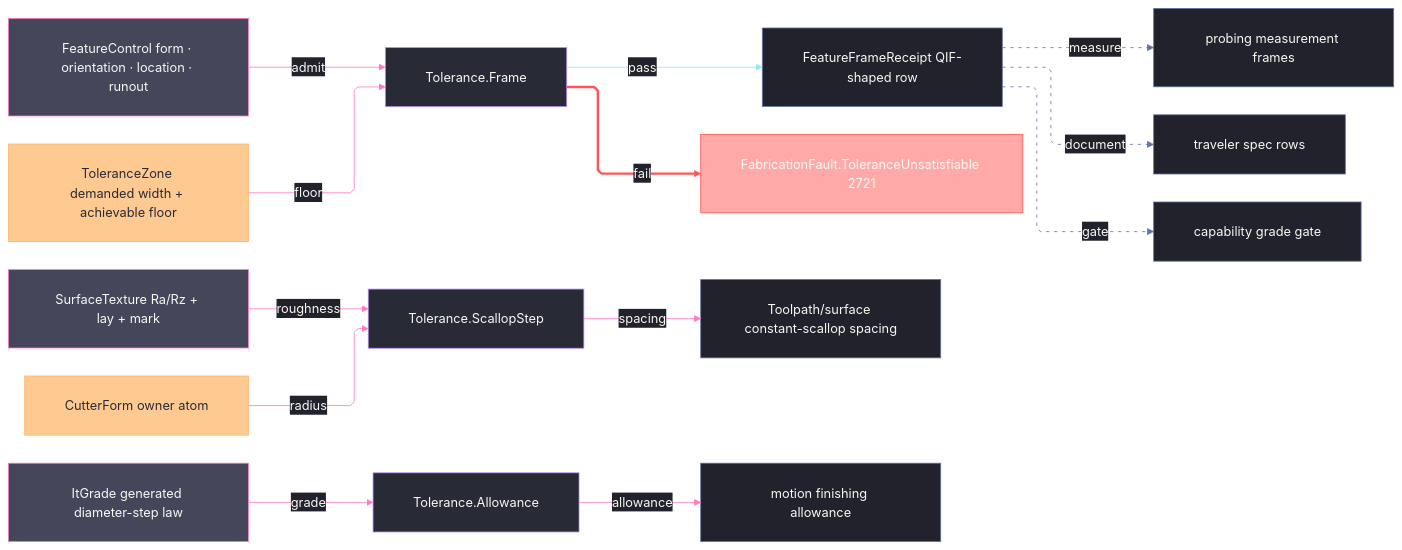
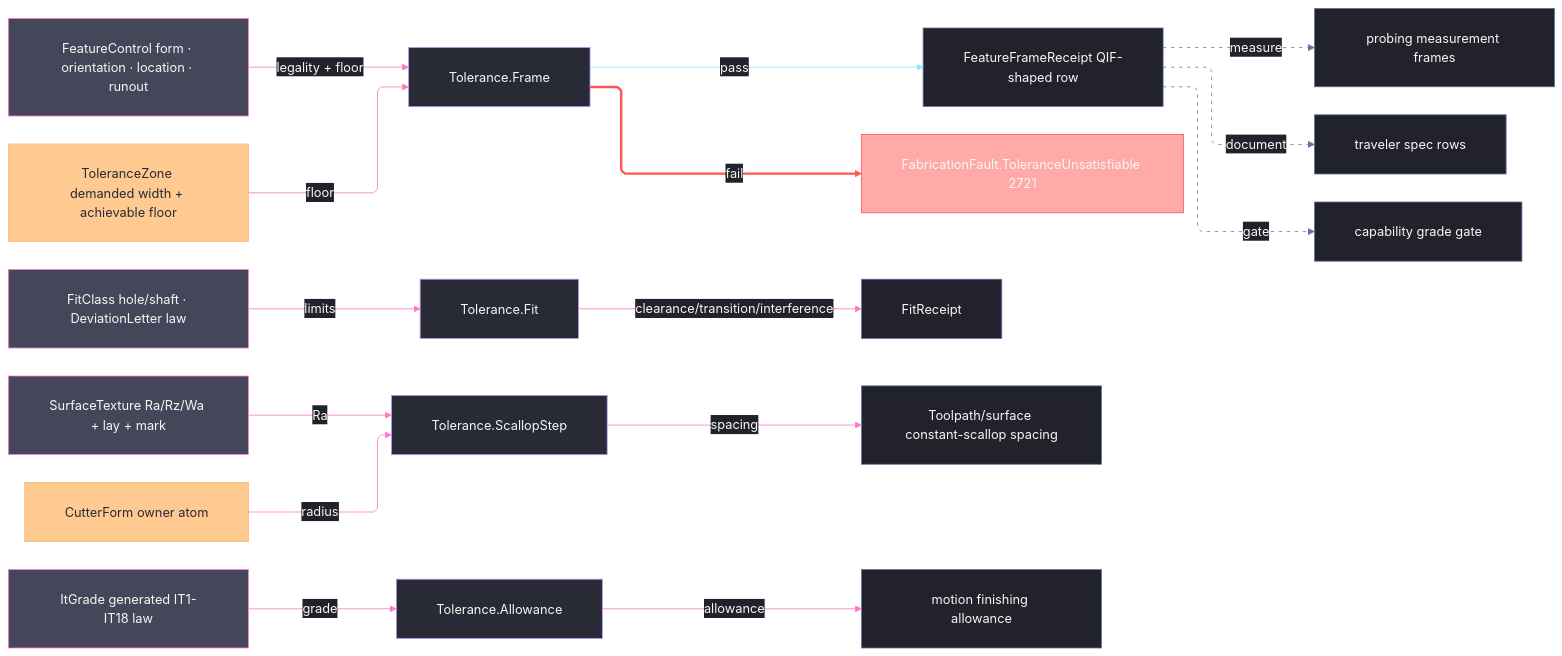
One commit to bsamiee/Rasm changed the diagram in libs/csharp/Rasm.Fabrication/.planning/Spec/tolerance.md. Above: the diagram before and after it, drawn with Mermaid. The commit also changed other lines of this file and 79 other files, not shown here.

````diff
--- a/libs/csharp/Rasm.Fabrication/.planning/Spec/tolerance.md
+++ b/libs/csharp/Rasm.Fabrication/.planning/Spec/tolerance.md
@@ -303,55 +419,57 @@
 ```mermaid
 ---
 config:
   theme: base
   look: classic
   layout: elk
   flowchart:
     curve: linear
     padding: 25
   themeVariables:
     darkMode: true
     fontFamily: "SF Mono, Menlo, Cascadia Mono, Segoe UI Mono, Consolas, monospace"
     useGradient: false
     dropShadow: "none"
     background: "#282A36"
     primaryColor: "#44475A"
     primaryTextColor: "#F8F8F2"
     primaryBorderColor: "#BD93F9"
     mainBkg: "#44475A"
     nodeBorder: "#BD93F9"
     lineColor: "#FF79C6"
     textColor: "#F8F8F2"
     edgeLabelBackground: "#21222C"
     labelBackgroundColor: "#21222C"
   themeCSS: ".nodeLabel{font-size:13px;font-weight:500}.edgeLabel{font-size:12px;font-weight:500}.edge-thickness-normal{stroke-width:2px}.edge-thickness-thick{stroke-width:3px}.edge-pattern-dashed,.edge-pattern-dotted{stroke-width:1.5px;stroke-dasharray:4 6}.node rect,.node circle,.node polygon,.node path,.node .outer-path{stroke-width:1.5px;filter:none!important}.marker path{transform:scale(.8);transform-origin:5px 5px}.marker circle{transform:scale(.48);transform-origin:5px 5px}.edgeLabel rect{transform-box:fill-box;transform-origin:center;transform:scale(1.1,1.2)}"
 ---
 flowchart LR
     accTitle: Tolerance plane seams
-    accDescr: Feature frames, surface texture, and IT grades route through the tolerance owner into receipts, faults, toolpath, motion, and evidence consumers.
-    Frame["FeatureControl form · orientation · location · runout"] -->|"admit"| Tolerance["Tolerance.Frame"]
+    accDescr: Feature frames, fit classes, surface texture, and IT grades route through the tolerance owner into receipts, faults, toolpath, motion, and evidence consumers.
+    Frame["FeatureControl form · orientation · location · runout"] -->|"legality + floor"| Tolerance["Tolerance.Frame"]
     Zone["ToleranceZone demanded width + achievable floor"] -->|"floor"| Tolerance
     Tolerance -->|"pass"| Receipt["FeatureFrameReceipt QIF-shaped row"]
     Tolerance -->|"fail"| Fault["FabricationFault.ToleranceUnsatisfiable 2721"]
-    Texture["SurfaceTexture Ra/Rz + lay + mark"] -->|"roughness"| Step["Tolerance.ScallopStep"]
+    FitIn["FitClass hole/shaft · DeviationLetter law"] -->|"limits"| Fit["Tolerance.Fit"]
+    Fit -->|"clearance/transition/interference"| FitOut["FitReceipt"]
+    Texture["SurfaceTexture Ra/Rz/Wa + lay + mark"] -->|"Ra"| Step["Tolerance.ScallopStep"]
     Cutter["CutterForm owner atom"] -->|"radius"| Step
     Step -->|"spacing"| Surface["Toolpath/surface constant-scallop spacing"]
-    Grade["ItGrade generated diameter-step law"] -->|"grade"| Allowance["Tolerance.Allowance"]
+    Grade["ItGrade generated IT1-IT18 law"] -->|"grade"| Allowance["Tolerance.Allowance"]
     Allowance -->|"allowance"| Motion["motion finishing allowance"]
     Receipt -->|"measure"| Probe["probing measurement frames"]
     Receipt -->|"document"| Traveler["traveler spec rows"]
     Receipt -->|"gate"| Capability["capability grade gate"]
     classDef primary fill:#44475A,stroke:#FF79C6,color:#F8F8F2
     classDef boundary fill:#282A36,stroke:#BD93F9,color:#F8F8F2
     classDef data fill:#FFB86CBF,stroke:#FFB86C,color:#282A36
     classDef error fill:#FF555580,stroke:#FF5555,color:#F8F8F2
     classDef annotation fill:#21222C,stroke:#6272A4,color:#F8F8F2
-    class Frame,Texture,Grade primary
-    class Tolerance,Step,Allowance boundary
+    class Frame,Texture,Grade,FitIn primary
+    class Tolerance,Step,Allowance,Fit boundary
     class Zone,Cutter data
     class Fault error
-    class Receipt,Surface,Motion,Probe,Traveler,Capability annotation
+    class Receipt,Surface,Motion,Probe,Traveler,Capability,FitOut annotation
     linkStyle 2 stroke:#8BE9FD,color:#F8F8F2
     linkStyle 3 stroke:#FF5555,stroke-width:3px,color:#F8F8F2
-    linkStyle 9,10,11 stroke:#6272A4,color:#F8F8F2,stroke-dasharray:4 6
+    linkStyle 11,12,13 stroke:#6272A4,color:#F8F8F2,stroke-dasharray:4 6
 ```
````
